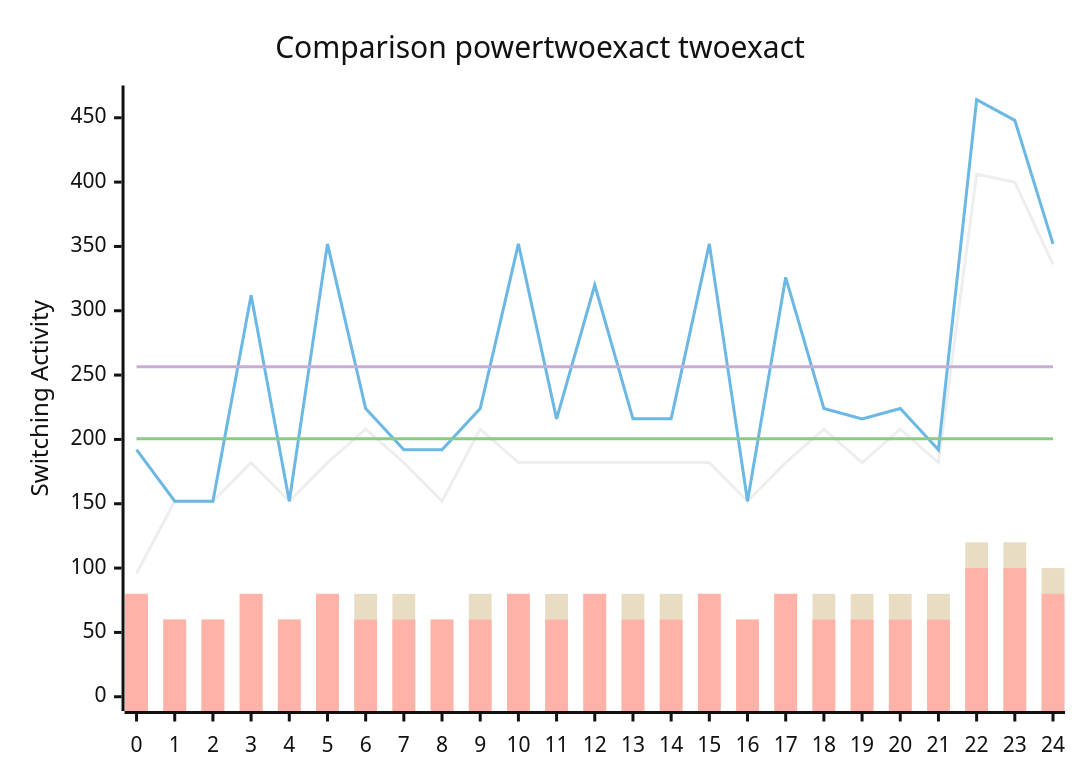
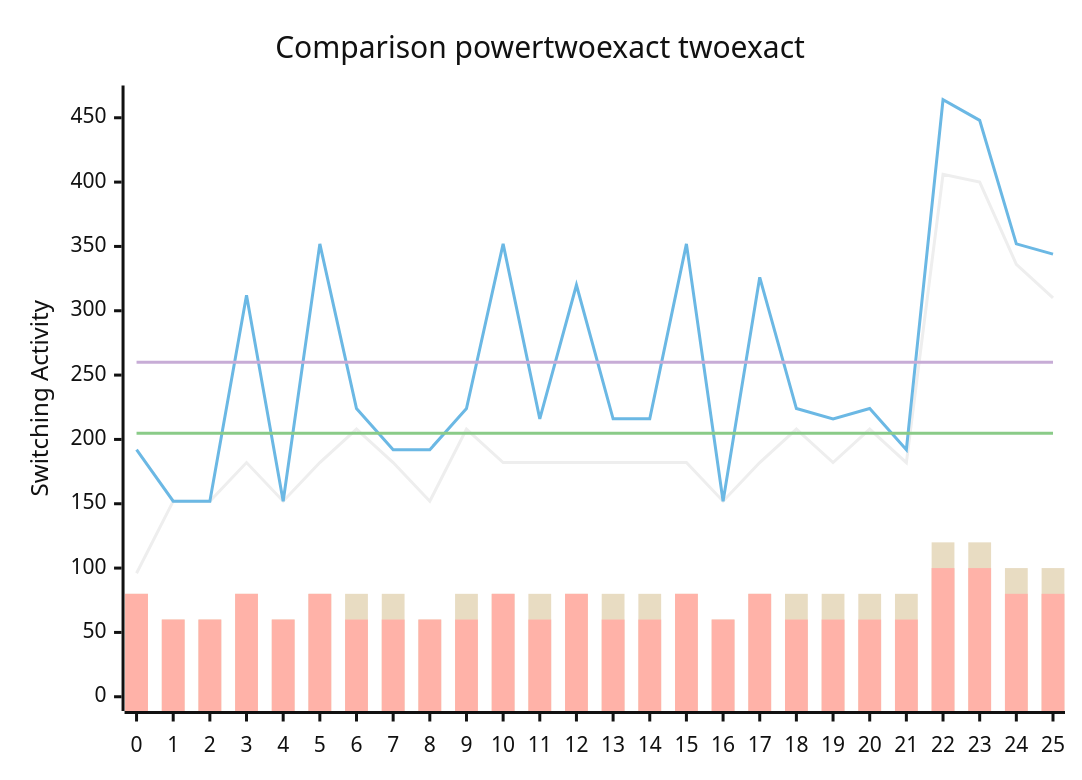
Before and after one commit to FeldmeierMichael/Exact-Power-Synthesis: the diagram in benchmark.md, drawn with Mermaid (neutral theme). The commit also changed other lines of this file and 2 other files, not shown here.

````diff
--- a/benchmark.md
+++ b/benchmark.md
@@ -51,12 +53,12 @@
 ```mermaid
 xychart-beta
     title "Comparison powertwoexact twoexact"
-    x-axis [0, 1, 2, 3, 4, 5, 6, 7, 8, 9, 10, 11, 12, 13, 14, 15, 16, 17, 18, 19, 20, 21, 22, 23, 24]
+    x-axis [0, 1, 2, 3, 4, 5, 6, 7, 8, 9, 10, 11, 12, 13, 14, 15, 16, 17, 18, 19, 20, 21, 22, 23, 24, 25]
     y-axis "Switching Activity" 0-->464
-    line [96, 152, 152, 182, 152, 182, 208, 182, 152, 208, 182, 182, 182, 182, 182, 182, 152, 182, 208, 182, 208, 182, 406, 400, 336]
-    line [192, 152, 152, 312, 152, 352, 224, 192, 192, 224, 352, 216, 320, 216, 216, 352, 152, 326, 224, 216, 224, 192, 464, 448, 352]
-    line [200.56, 200.56, 200.56, 200.56, 200.56, 200.56, 200.56, 200.56, 200.56, 200.56, 200.56, 200.56, 200.56, 200.56, 200.56, 200.56, 200.56, 200.56, 200.56, 200.56, 200.56, 200.56, 200.56, 200.56, 200.56]
-    line [256.56, 256.56, 256.56, 256.56, 256.56, 256.56, 256.56, 256.56, 256.56, 256.56, 256.56, 256.56, 256.56, 256.56, 256.56, 256.56, 256.56, 256.56, 256.56, 256.56, 256.56, 256.56, 256.56, 256.56, 256.56]
-    bar [80, 60, 60, 80, 60, 80, 80, 80, 60, 80, 80, 80, 80, 80, 80, 80, 60, 80, 80, 80, 80, 80, 120, 120, 100]
-    bar [80, 60, 60, 80, 60, 80, 60, 60, 60, 60, 80, 60, 80, 60, 60, 80, 60, 80, 60, 60, 60, 60, 100, 100, 80]
+    line [96, 152, 152, 182, 152, 182, 208, 182, 152, 208, 182, 182, 182, 182, 182, 182, 152, 182, 208, 182, 208, 182, 406, 400, 336, 310]
+    line [192, 152, 152, 312, 152, 352, 224, 192, 192, 224, 352, 216, 320, 216, 216, 352, 152, 326, 224, 216, 224, 192, 464, 448, 352, 344]
+    line [204.76923076923077, 204.76923076923077, 204.76923076923077, 204.76923076923077, 204.76923076923077, 204.76923076923077, 204.76923076923077, 204.76923076923077, 204.76923076923077, 204.76923076923077, 204.76923076923077, 204.76923076923077, 204.76923076923077, 204.76923076923077, 204.76923076923077, 204.76923076923077, 204.76923076923077, 204.76923076923077, 204.76923076923077, 204.76923076923077, 204.76923076923077, 204.76923076923077, 204.76923076923077, 204.76923076923077, 204.76923076923077, 204.76923076923077]
+    line [259.9230769230769, 259.9230769230769, 259.9230769230769, 259.9230769230769, 259.9230769230769, 259.9230769230769, 259.9230769230769, 259.9230769230769, 259.9230769230769, 259.9230769230769, 259.9230769230769, 259.9230769230769, 259.9230769230769, 259.9230769230769, 259.9230769230769, 259.9230769230769, 259.9230769230769, 259.9230769230769, 259.9230769230769, 259.9230769230769, 259.9230769230769, 259.9230769230769, 259.9230769230769, 259.9230769230769, 259.9230769230769, 259.9230769230769]
+    bar [80, 60, 60, 80, 60, 80, 80, 80, 60, 80, 80, 80, 80, 80, 80, 80, 60, 80, 80, 80, 80, 80, 120, 120, 100, 100]
+    bar [80, 60, 60, 80, 60, 80, 60, 60, 60, 60, 80, 60, 80, 60, 60, 80, 60, 80, 60, 60, 60, 60, 100, 100, 80, 80]
 ```
````
